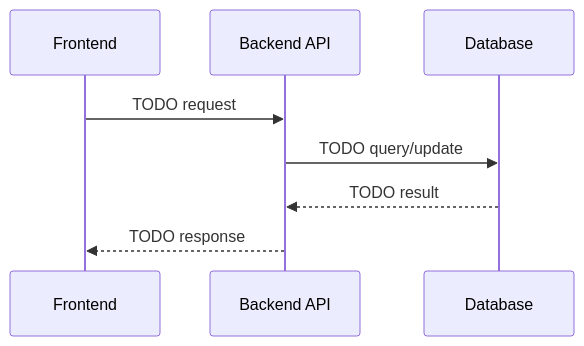
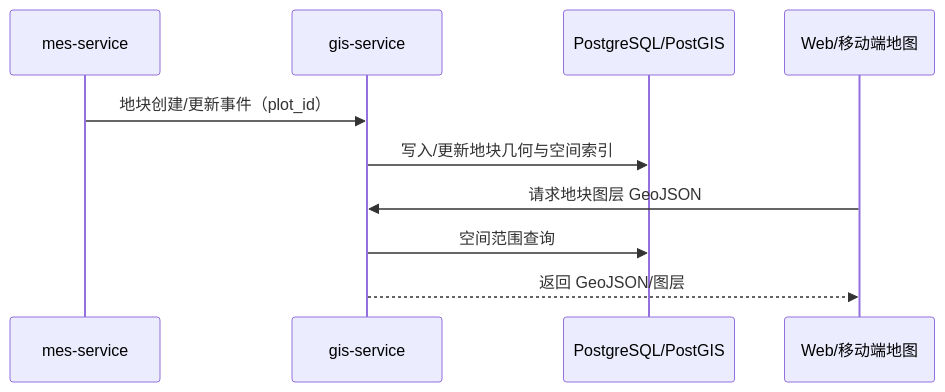
One commit to litianyiliwei/digoo-coding changed the third of 3 diagrams in docs/architecture/data-flows.md. Above: the diagram before and after it, drawn with Mermaid. The commit also changed other lines of this file and 195 other files, not shown here.

````diff
--- a/docs/architecture/data-flows.md
+++ b/docs/architecture/data-flows.md
@@ -5,10 +149,12 @@
 ```mermaid
 sequenceDiagram
-  participant UI as Frontend
-  participant API as Backend API
-  participant DB as Database
-  UI->>API: TODO request
-  API->>DB: TODO query/update
-  DB-->>API: TODO result
-  API-->>UI: TODO response
+  participant MES as mes-service
+  participant GIS as gis-service
+  participant PG as PostgreSQL/PostGIS
+  participant UI as Web/移动端地图
+  MES->>GIS: 地块创建/更新事件（plot_id）
+  GIS->>PG: 写入/更新地块几何与空间索引
+  UI->>GIS: 请求地块图层 GeoJSON
+  GIS->>PG: 空间范围查询
+  GIS-->>UI: 返回 GeoJSON/图层
 ```
````
